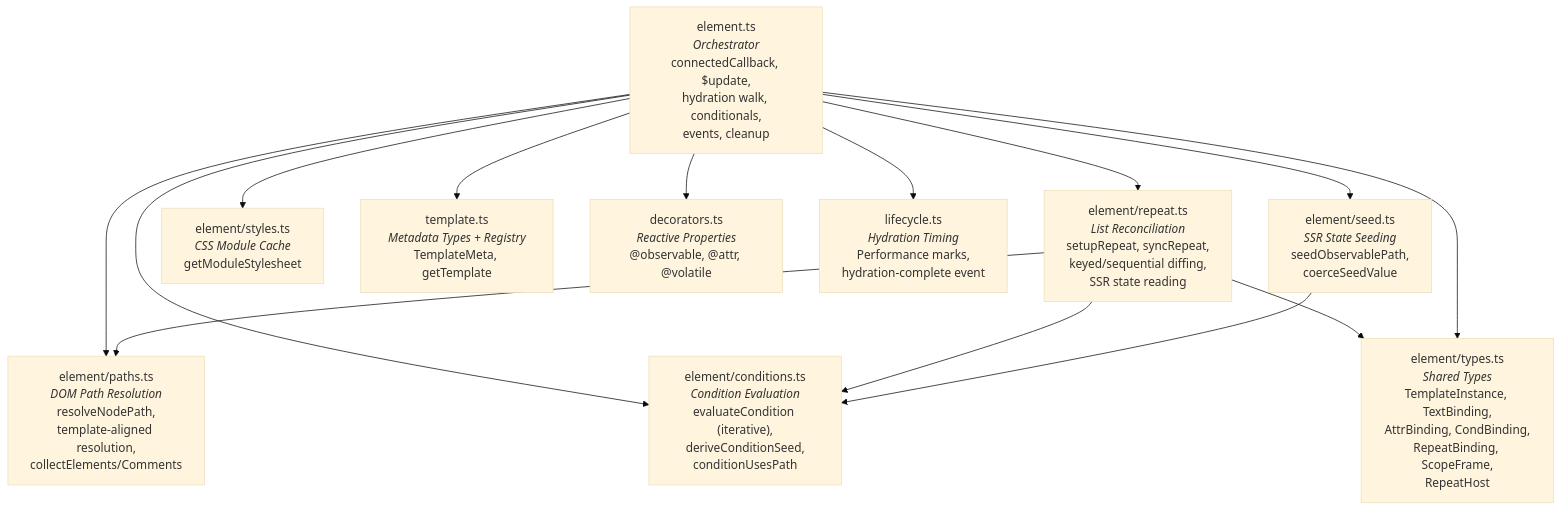
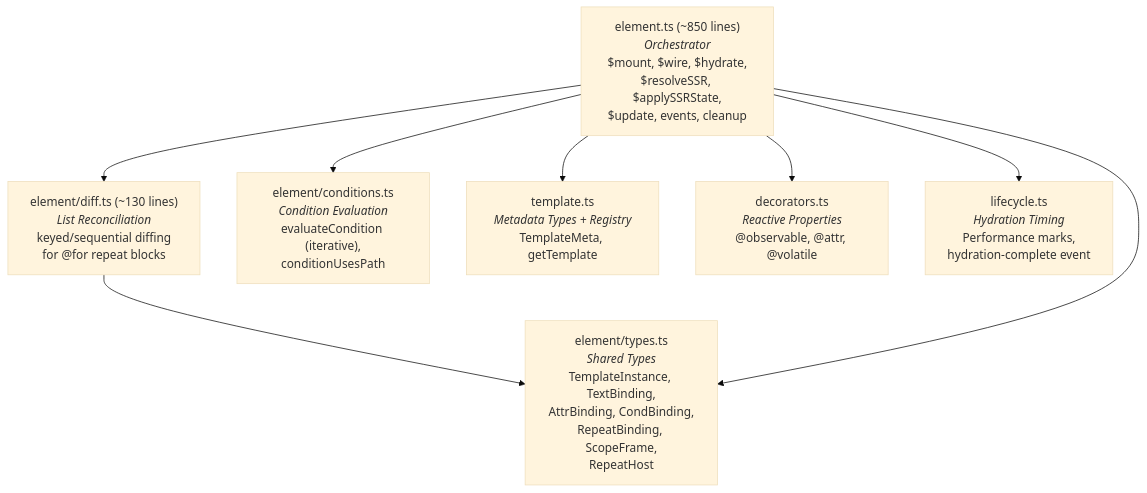
One commit to microsoft/webui changed the second of 7 diagrams in packages/webui-framework/README.md. Above: the diagram before and after it, drawn with Mermaid (base theme). The commit also changed other lines of this file and 94 other files, not shown here.

First line of the commit message:
feat: rewrite framework runtime to compiled-template hydration

````diff
--- a/packages/webui-framework/README.md
+++ b/packages/webui-framework/README.md
@@ -333,36 +346,24 @@
 ```mermaid
 graph TD
-    EL["element.ts<br/><i>Orchestrator</i><br/>connectedCallback, $update,<br/>hydration walk, conditionals,<br/>events, cleanup"]
+    EL["element.ts (~850 lines)<br/><i>Orchestrator</i><br/>$mount, $wire, $hydrate,<br/>$resolveSSR, $applySSRState,<br/>$update, events, cleanup"]
 
-    REP["element/repeat.ts<br/><i>List Reconciliation</i><br/>setupRepeat, syncRepeat,<br/>keyed/sequential diffing,<br/>SSR state reading"]
+    DIFF["element/diff.ts (~130 lines)<br/><i>List Reconciliation</i><br/>keyed/sequential diffing<br/>for @for repeat blocks"]
 
-    PATH["element/paths.ts<br/><i>DOM Path Resolution</i><br/>resolveNodePath,<br/>template-aligned resolution,<br/>collectElements/Comments"]
-
-    COND["element/conditions.ts<br/><i>Condition Evaluation</i><br/>evaluateCondition (iterative),<br/>deriveConditionSeed,<br/>conditionUsesPath"]
-
-    SEED["element/seed.ts<br/><i>SSR State Seeding</i><br/>seedObservablePath,<br/>coerceSeedValue"]
+    COND["element/conditions.ts<br/><i>Condition Evaluation</i><br/>evaluateCondition (iterative),<br/>conditionUsesPath"]
 
     TYPES["element/types.ts<br/><i>Shared Types</i><br/>TemplateInstance, TextBinding,<br/>AttrBinding, CondBinding,<br/>RepeatBinding, ScopeFrame,<br/>RepeatHost"]
-
-    STYLE["element/styles.ts<br/><i>CSS Module Cache</i><br/>getModuleStylesheet"]
 
     TMPL["template.ts<br/><i>Metadata Types + Registry</i><br/>TemplateMeta, getTemplate"]
 
     DEC["decorators.ts<br/><i>Reactive Properties</i><br/>@observable, @attr, @volatile"]
 
     LIFE["lifecycle.ts<br/><i>Hydration Timing</i><br/>Performance marks,<br/>hydration-complete event"]
 
-    EL --> REP
-    EL --> PATH
+    EL --> DIFF
     EL --> COND
-    EL --> SEED
-    EL --> STYLE
     EL --> TMPL
     EL --> DEC
     EL --> LIFE
-    REP --> PATH
-    REP --> COND
-    REP --> TYPES
+    DIFF --> TYPES
     EL --> TYPES
-    SEED --> COND
 ```
````
